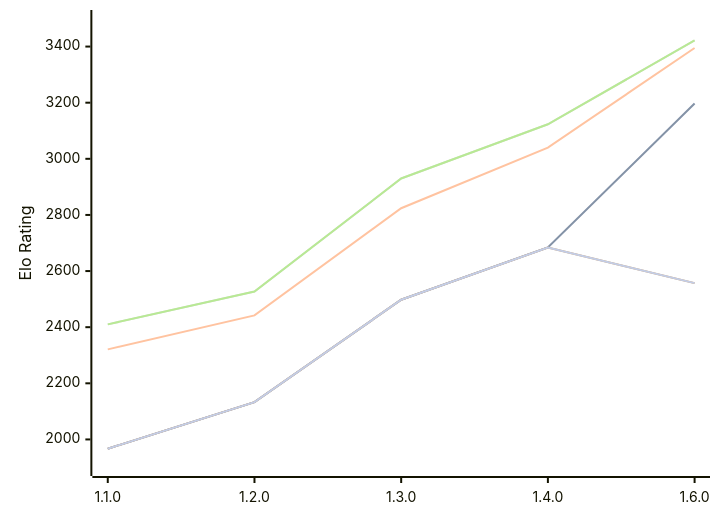
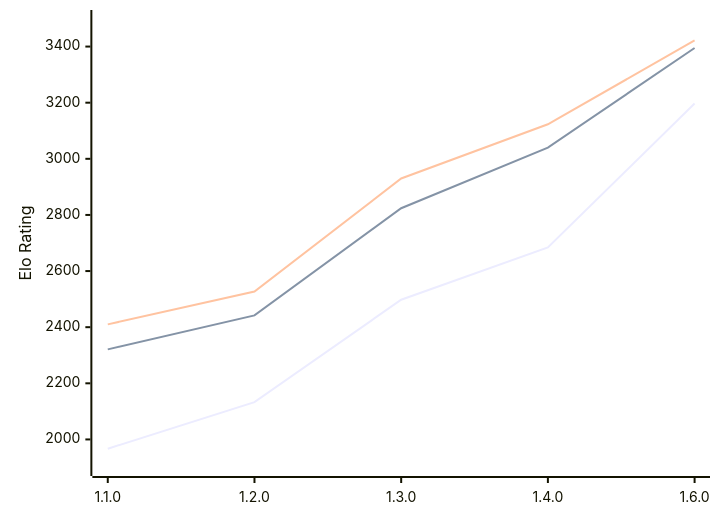
The diagram in engines/Gyatso.md (computer-chess-index/cci), drawn with Mermaid before and after one commit. The commit also changed other lines of this file, not shown here.

````diff
--- a/engines/Gyatso.md
+++ b/engines/Gyatso.md
@@ -51,13 +51,9 @@
 ```mermaid
 %%{init: {"theme":"base","themeVariables":{"seriesColors:['#a3a3a3','#222221','#faa371']}}}%%
 xychart-beta
   x-axis ["1.1.0", "1.2.0", "1.3.0", "1.4.0", "1.6.0"]
   y-axis "Elo Rating" 1900 --> 3500
-  line "" [1967, 2133, 2498, 2684, 3197]
   line "T1: STC (8.0+0.08s)" [1967, 2133, 2498, 2684, 3197]
   line "T1: LTC (60.0+0.60s)" [2321, 2442, 2824, 3040, 3395]
-  line "" [2410, 2527, 2930, 3123, 3422]
   line "T1: VLTC (2m24s+1.12s)" [2410, 2527, 2930, 3123, 3422]
-  line "" [1967, 2133, 2498, 2684,2557]
-  line "E1: STC (8.0+0.08s)" [1967, 2133, 2498, 2684,2557]
 ```
````
